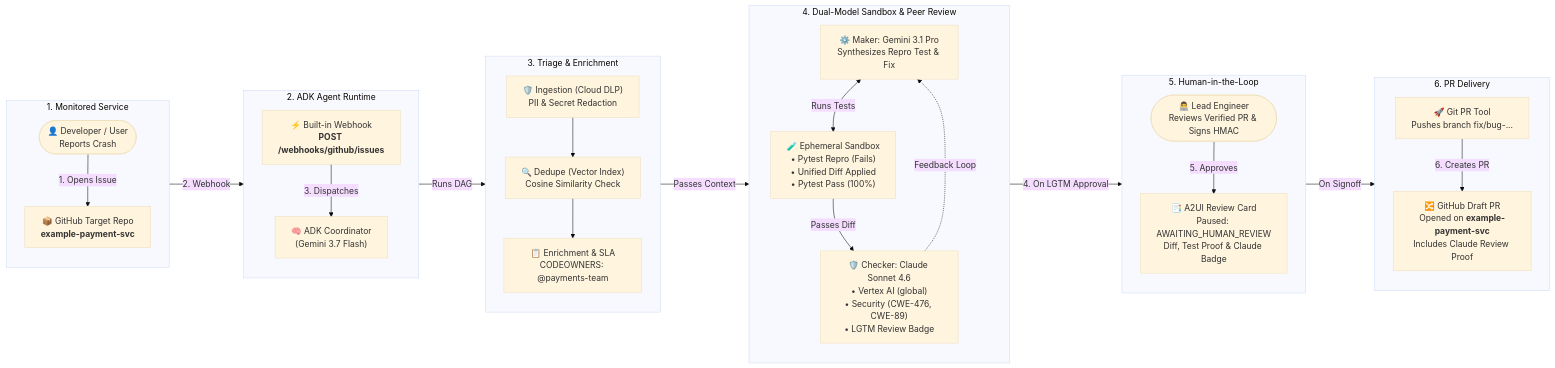
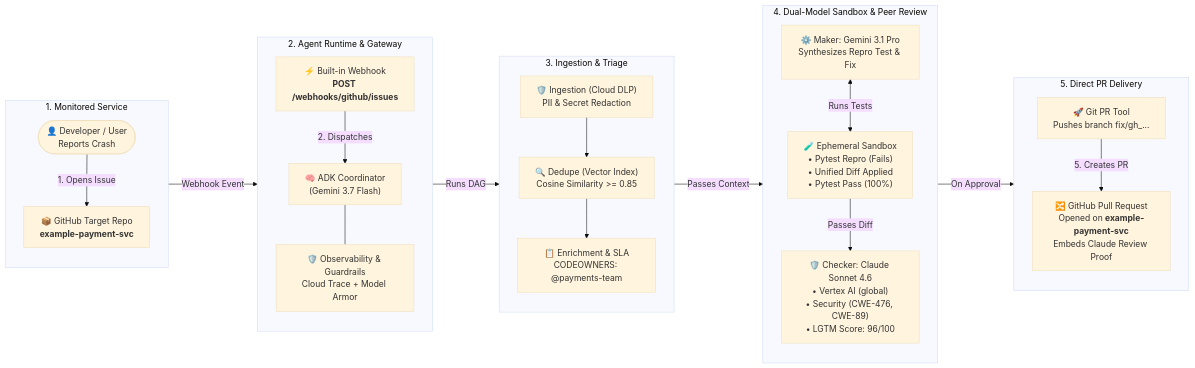
One commit to aiarchitect2406/bugtriage-agent changed the diagram in README.md. Above: the diagram before and after it, drawn with Mermaid (base theme). The commit also changed other lines of this file and 61 other files, not shown here.

Commit message:
feat: standard GEAP Skill Registry integration, deterministic graph workflow, Agent Gateway ingress, and live production E2E suite

````diff
--- a/README.md
+++ b/README.md
@@ -44,55 +60,48 @@
 ```mermaid
 flowchart LR
     subgraph S1["1. Monitored Service"]
         direction TB
         User(["👤 Developer / User<br/>Reports Crash"])
         TargetRepo["📦 GitHub Target Repo<br/><b>example-payment-svc</b>"]
         User -->|"1. Opens Issue"| TargetRepo
     end
 
-    subgraph S2["2. ADK Agent Runtime"]
+    subgraph S2["2. Agent Runtime & Gateway"]
         direction TB
         Webhook["⚡ Built-in Webhook<br/><b>POST /webhooks/github/issues</b>"]
         Coordinator["🧠 ADK Coordinator<br/>(Gemini 3.7 Flash)"]
-        Webhook -->|"3. Dispatches"| Coordinator
+        Plugin["🛡️ Observability & Guardrails<br/>Cloud Trace + Model Armor"]
+        Webhook -->|"2. Dispatches"| Coordinator
+        Coordinator --- Plugin
     end
 
-    subgraph S3["3. Triage & Enrichment"]
+    subgraph S3["3. Ingestion & Triage"]
         direction TB
         DLP["🛡️ Ingestion (Cloud DLP)<br/>PII & Secret Redaction"]
-        Dedupe["🔍 Dedupe (Vector Index)<br/>Cosine Similarity Check"]
+        Dedupe["🔍 Dedupe (Vector Index)<br/>Cosine Similarity >= 0.85"]
         Enrich["📋 Enrichment & SLA<br/>CODEOWNERS: @payments-team"]
         DLP --> Dedupe --> Enrich
     end
 
     subgraph S4["4. Dual-Model Sandbox & Peer Review"]
         direction TB
         Maker["⚙️ Maker: Gemini 3.1 Pro<br/>Synthesizes Repro Test & Fix"]
         Sandbox["🧪 Ephemeral Sandbox<br/>• Pytest Repro (Fails)<br/>• Unified Diff Applied<br/>• Pytest Pass (100%)"]
-        Reviewer["🛡️ Checker: Claude Sonnet 4.6<br/>• Vertex AI (global)<br/>• Security (CWE-476, CWE-89)<br/>• LGTM Review Badge"]
+        Reviewer["🛡️ Checker: Claude Sonnet 4.6<br/>• Vertex AI (global)<br/>• Security (CWE-476, CWE-89)<br/>• LGTM Score: 96/100"]
         
         Maker <-->|"Runs Tests"| Sandbox
         Sandbox -->|"Passes Diff"| Reviewer
-        Reviewer -.->|"Feedback Loop"| Maker
     end
 
-    subgraph S5["5. Human-in-the-Loop"]
+    subgraph S5["5. Direct PR Delivery"]
         direction TB
-        A2UI["📑 A2UI Review Card<br/>Paused: AWAITING_HUMAN_REVIEW<br/>Diff, Test Proof & Claude Badge"]
-        Engineer(["👨‍💻 Lead Engineer<br/>Reviews Verified PR & Signs HMAC"])
-        Engineer -->|"5. Approves"| A2UI
+        GitTool["🚀 Git PR Tool<br/>Pushes branch fix/gh_..."]
+        DraftPR["🔀 GitHub Pull Request<br/>Opened on <b>example-payment-svc</b><br/>Embeds Claude Review Proof"]
+        GitTool -->|"5. Creates PR"| DraftPR
     end
 
-    subgraph S6["6. PR Delivery"]
-        direction TB
-        GitTool["🚀 Git PR Tool<br/>Pushes branch fix/bug-..."]
-        DraftPR["🔀 GitHub Draft PR<br/>Opened on <b>example-payment-svc</b><br/>Includes Claude Review Proof"]
-        GitTool -->|"6. Creates PR"| DraftPR
-    end
-
-    TargetRepo -->|"2. Webhook"| Webhook
+    TargetRepo -->|"Webhook Event"| Webhook
     Coordinator -->|"Runs DAG"| DLP
     Enrich -->|"Passes Context"| Maker
-    Reviewer -->|"4. On LGTM Approval"| A2UI
-    A2UI -->|"On Signoff"| GitTool
+    Reviewer -->|"On Approval"| GitTool
 ```
````
